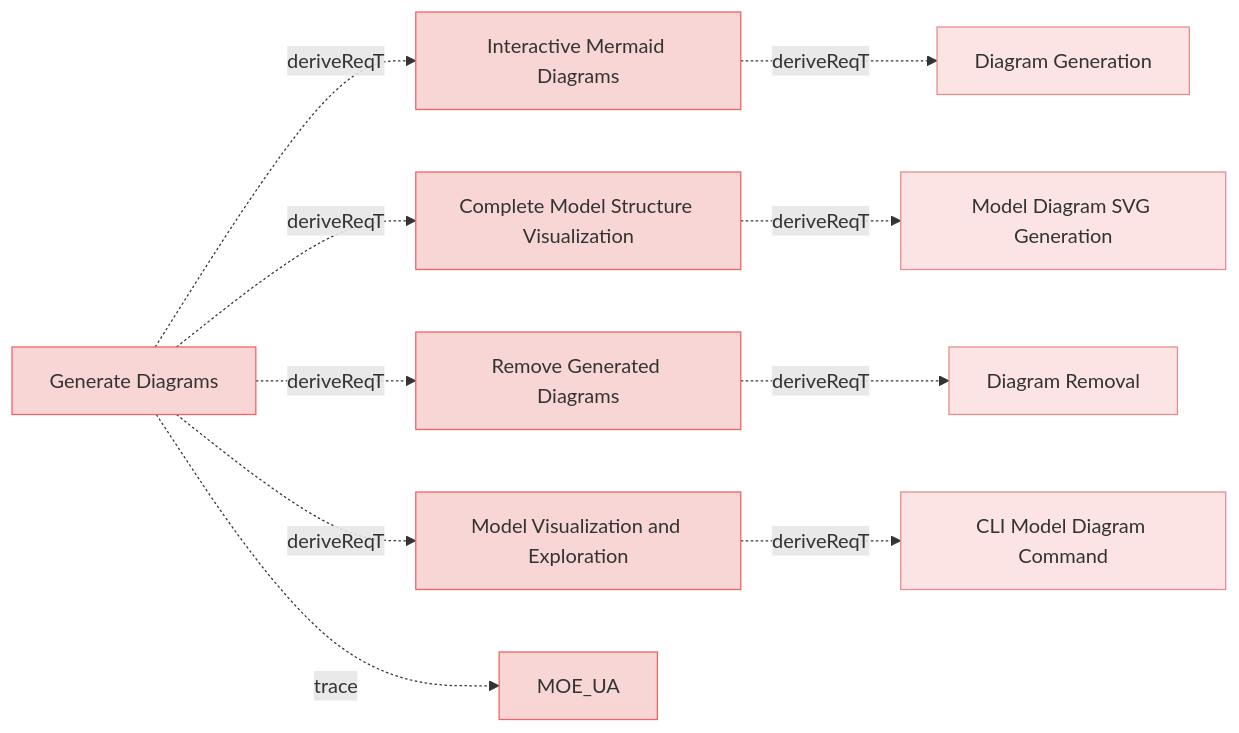
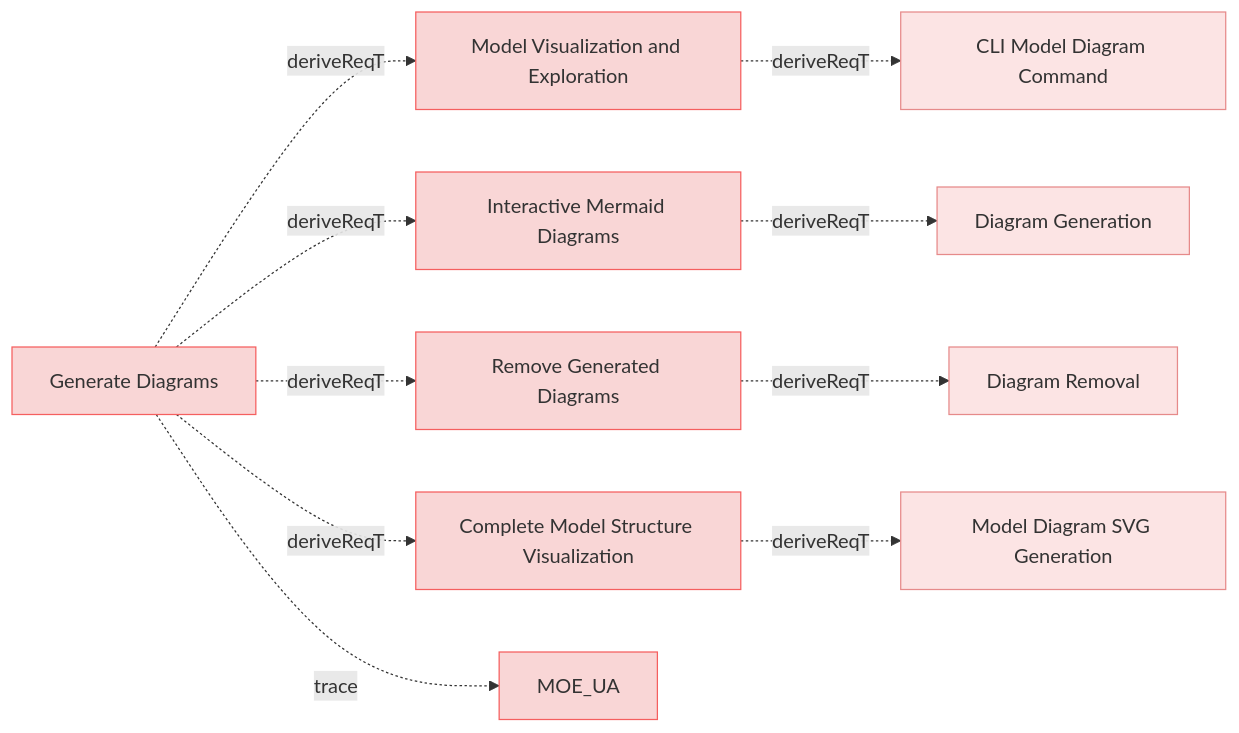
Before and after one commit to reqvire-org/reqvire: the first of 9 diagrams in specifications/UserRequirements.md, drawn with Mermaid. The commit also changed other lines of this file and 25 other files, not shown here.

````diff
--- a/specifications/UserRequirements.md
+++ b/specifications/UserRequirements.md
@@ -4,49 +4,49 @@
 ```mermaid
 graph LR;
   %% REQVIRE-AUTOGENERATED-DIAGRAM
   %% Graph styling
   classDef userRequirement fill:#f9d6d6,stroke:#f55f5f,stroke-width:1px;
   classDef systemRequirement fill:#fce4e4,stroke:#e68a8a,stroke-width:1px;
   classDef verification fill:#d6f9d6,stroke:#5fd75f,stroke-width:1px;
   classDef default fill:#f5f5f5,stroke:#333333,stroke-width:1px;
 
+  5e10b566c9d01f8f["Model Visualization and Exploration"];
+  class 5e10b566c9d01f8f userRequirement;
+  click 5e10b566c9d01f8f "UserRequirements.md#model-visualization-and-exploration";
+  3b9f849eea96ef6a["CLI Model Diagram Command"];
+  class 3b9f849eea96ef6a systemRequirement;
+  click 3b9f849eea96ef6a "SystemRequirements/Requirements.md#cli-model-diagram-command";
+  5e10b566c9d01f8f -.->|deriveReqT| 3b9f849eea96ef6a;
   eedf6d6d3d2354d9["Interactive Mermaid Diagrams"];
   class eedf6d6d3d2354d9 userRequirement;
   click eedf6d6d3d2354d9 "UserRequirements.md#interactive-mermaid-diagrams";
   e9aee7d9477f4abe["Diagram Generation"];
   class e9aee7d9477f4abe systemRequirement;
   click e9aee7d9477f4abe "SystemRequirements/Requirements.md#diagram-generation";
   eedf6d6d3d2354d9 -.->|deriveReqT| e9aee7d9477f4abe;
+  8b2dd3bb2c44db94["Remove Generated Diagrams"];
+  class 8b2dd3bb2c44db94 userRequirement;
+  click 8b2dd3bb2c44db94 "UserRequirements.md#remove-generated-diagrams";
+  4ec753faad5a75f7["Diagram Removal"];
+  class 4ec753faad5a75f7 systemRequirement;
+  click 4ec753faad5a75f7 "SystemRequirements/Requirements.md#diagram-removal";
+  8b2dd3bb2c44db94 -.->|deriveReqT| 4ec753faad5a75f7;
   b080cbe28d92ddf3["Complete Model Structure Visualization"];
   class b080cbe28d92ddf3 userRequirement;
   click b080cbe28d92ddf3 "UserRequirements.md#complete-model-structure-visualization";
   1e20313bdf4c143c["Model Diagram SVG Generation"];
   class 1e20313bdf4c143c systemRequirement;
   click 1e20313bdf4c143c "SystemRequirements/Requirements.md#model-diagram-svg-generation";
   b080cbe28d92ddf3 -.->|deriveReqT| 1e20313bdf4c143c;
-  8b2dd3bb2c44db94["Remove Generated Diagrams"];
-  class 8b2dd3bb2c44db94 userRequirement;
-  click 8b2dd3bb2c44db94 "UserRequirements.md#remove-generated-diagrams";
-  4ec753faad5a75f7["Diagram Removal"];
-  class 4ec753faad5a75f7 systemRequirement;
-  click 4ec753faad5a75f7 "SystemRequirements/Requirements.md#diagram-removal";
-  8b2dd3bb2c44db94 -.->|deriveReqT| 4ec753faad5a75f7;
-  5e10b566c9d01f8f["Model Visualization and Exploration"];
-  class 5e10b566c9d01f8f userRequirement;
-  click 5e10b566c9d01f8f "UserRequirements.md#model-visualization-and-exploration";
-  3b9f849eea96ef6a["CLI Model Diagram Command"];
-  class 3b9f849eea96ef6a systemRequirement;
-  click 3b9f849eea96ef6a "SystemRequirements/Requirements.md#cli-model-diagram-command";
-  5e10b566c9d01f8f -.->|deriveReqT| 3b9f849eea96ef6a;
   37a5b8e199a838f["Generate Diagrams"];
   class 37a5b8e199a838f userRequirement;
   click 37a5b8e199a838f "UserStories.md#generate-diagrams";
   2c5f30f14e792200["MOE_UA"];
   class 2c5f30f14e792200 userRequirement;
   click 2c5f30f14e792200 "MOEs.md#moe_ua";
   37a5b8e199a838f -.->|trace| 2c5f30f14e792200;
+  37a5b8e199a838f -.->|deriveReqT| 5e10b566c9d01f8f;
   37a5b8e199a838f -.->|deriveReqT| eedf6d6d3d2354d9;
+  37a5b8e199a838f -.->|deriveReqT| 8b2dd3bb2c44db94;
   37a5b8e199a838f -.->|deriveReqT| b080cbe28d92ddf3;
-  37a5b8e199a838f -.->|deriveReqT| 8b2dd3bb2c44db94;
-  37a5b8e199a838f -.->|deriveReqT| 5e10b566c9d01f8f;
 ```
````
